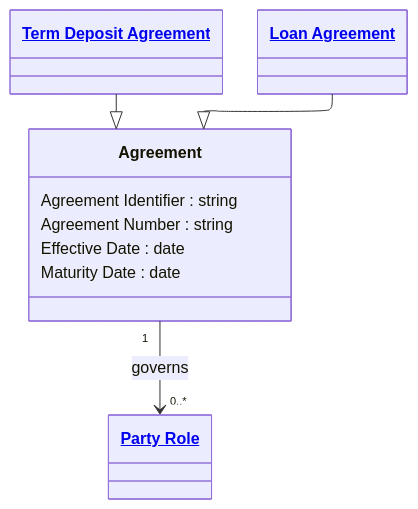
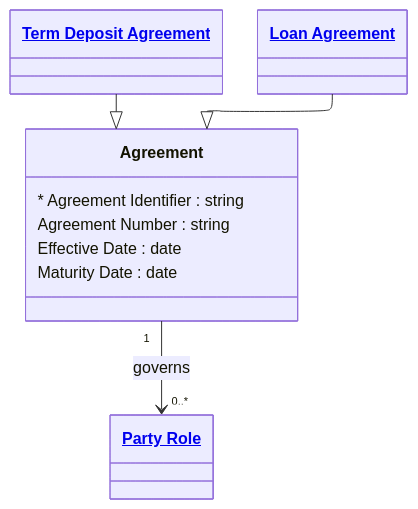
Before and after one commit to Semprini/md-ddl: the diagram in examples/Financial Crime/entities/agreement.md, drawn with Mermaid. The commit also changed 60 other files, not shown here.

````diff
--- a/examples/Financial Crime/entities/agreement.md
+++ b/examples/Financial Crime/entities/agreement.md
@@ -9,21 +9,21 @@
 ```mermaid
 ---
 config:
   layout: elk
 ---
 classDiagram
   class Agreement{
-    Agreement Identifier : string
+    * Agreement Identifier : string
     Agreement Number : string
     Effective Date : date
     Maturity Date : date
   }
 
   TermDepositAgreement --|> Agreement
   LoanAgreement --|> Agreement
   Agreement "1" --> "0..*" PartyRole : governs
 
   class TermDepositAgreement["<a href='term-deposit-agreement.md'>Term Deposit Agreement</a>"]
   class LoanAgreement["<a href='loan-agreement.md'>Loan Agreement</a>"]
   class PartyRole["<a href='party_role.md'>Party Role</a>"]
 ```
````
